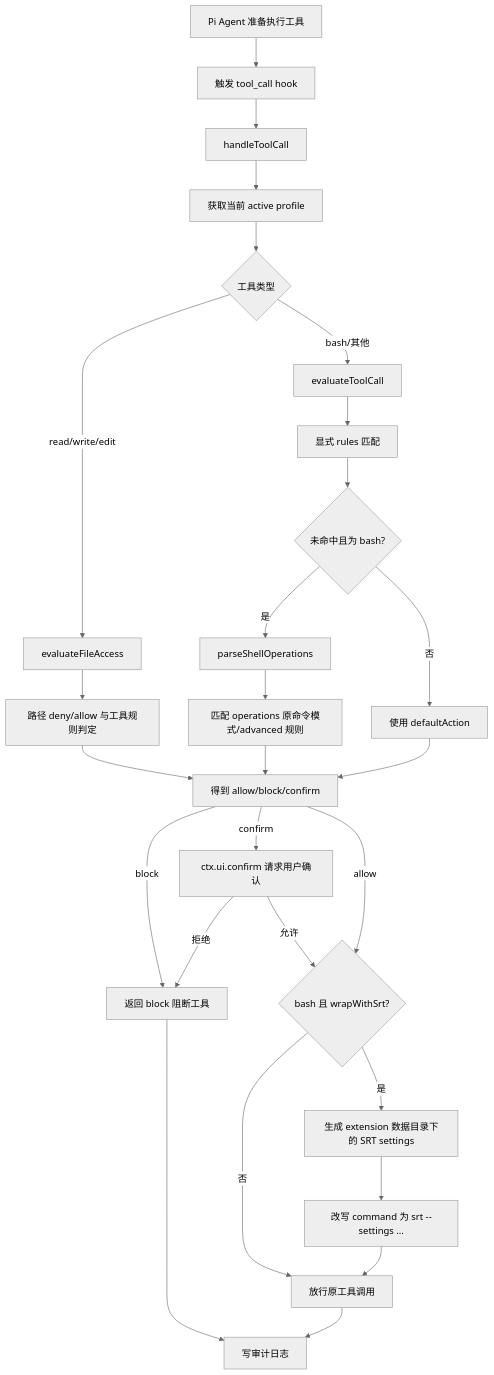
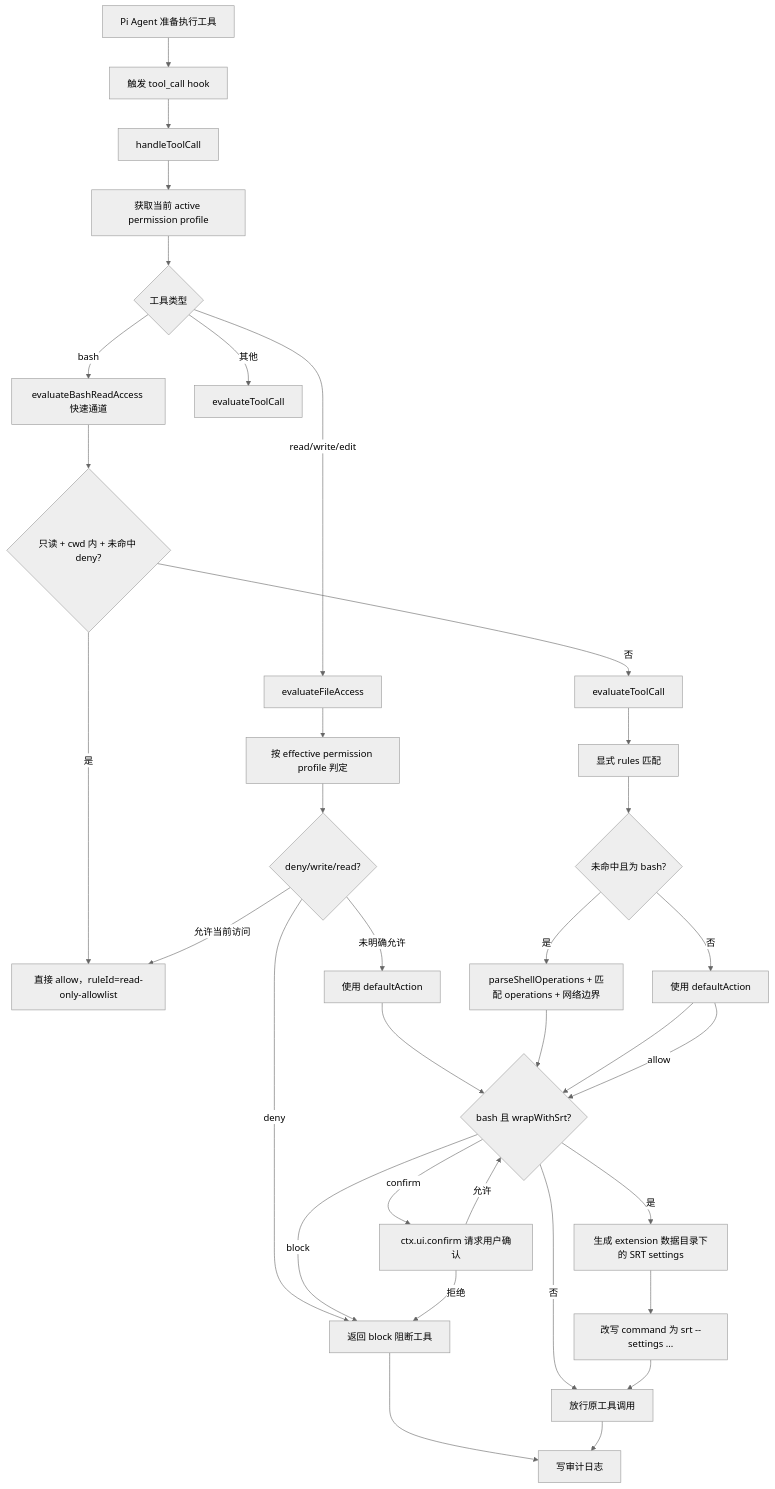
The second of 3 diagrams in doc/PiPerm实现文档.md (DCRcoder/pi-perm), drawn with Mermaid (neutral theme) before and after one commit. The commit also changed other lines of this file and 28 other files, not shown here.

````diff
--- a/doc/PiPerm实现文档.md
+++ b/doc/PiPerm实现文档.md
@@ -109,29 +156,36 @@
 ```mermaid
 flowchart TD
   A[Pi Agent 准备执行工具] --> B[触发 tool_call hook]
   B --> C[handleToolCall]
-  C --> D[获取当前 active profile]
+  C --> D[获取当前 active permission profile]
   D --> E{工具类型}
-  E -->|read/write/edit| F[evaluateFileAccess]
-  E -->|bash/其他| G[evaluateToolCall]
-  F --> H[路径 deny/allow 与工具规则判定]
-  G --> I[显式 rules 匹配]
-  I --> J{未命中且为 bash?}
-  J -->|是| K[parseShellOperations]
-  K --> L[匹配 operations 原命令模式/advanced 规则]
-  J -->|否| M[使用 defaultAction]
-  H --> N[得到 allow/block/confirm]
-  L --> N
-  M --> N
-  N -->|block| O[返回 block 阻断工具]
-  N -->|confirm| P[ctx.ui.confirm 请求用户确认]
+  E -->|bash| F[evaluateBashReadAccess 快速通道]
+  E -->|read/write/edit| H[evaluateFileAccess]
+  E -->|其他| J[evaluateToolCall]
+  F --> F1{只读 + cwd 内 + 未命中 deny?}
+  F1 -->|是| F2[直接 allow，ruleId=read-only-allowlist]
+  F1 -->|否| G[evaluateToolCall]
+  H --> H1[按 effective permission profile 判定]
+  H1 --> H2{deny/write/read?}
+  H2 -->|deny| O
+  H2 -->|允许当前访问| F2
+  H2 -->|未明确允许| H3[使用 defaultAction]
+  G --> K[显式 rules 匹配]
+  K --> L{未命中且为 bash?}
+  L -->|是| M[parseShellOperations + 匹配 operations + 网络边界]
+  L -->|否| N[使用 defaultAction]
+  H3 --> Q[得到 allow/block/confirm]
+  M --> Q
+  N --> Q
+  Q -->|block| O[返回 block 阻断工具]
+  Q -->|confirm| P[ctx.ui.confirm 请求用户确认]
   P -->|拒绝| O
   P -->|允许| Q{bash 且 wrapWithSrt?}
   N -->|allow| Q
   Q -->|是| R[生成 extension 数据目录下的 SRT settings]
   R --> S[改写 command 为 srt --settings ...]
   Q -->|否| T[放行原工具调用]
   S --> T
   O --> U[写审计日志]
   T --> U
 ```
````
